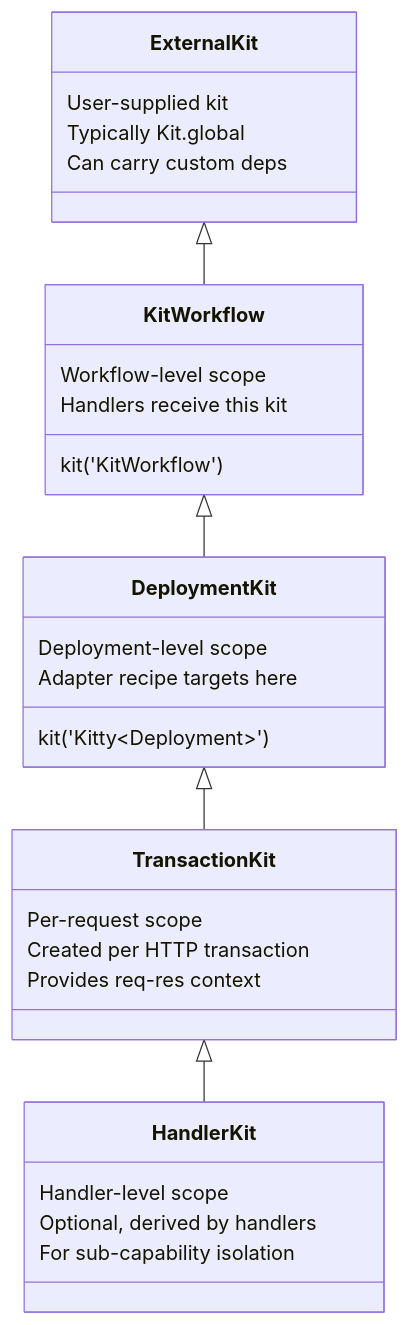
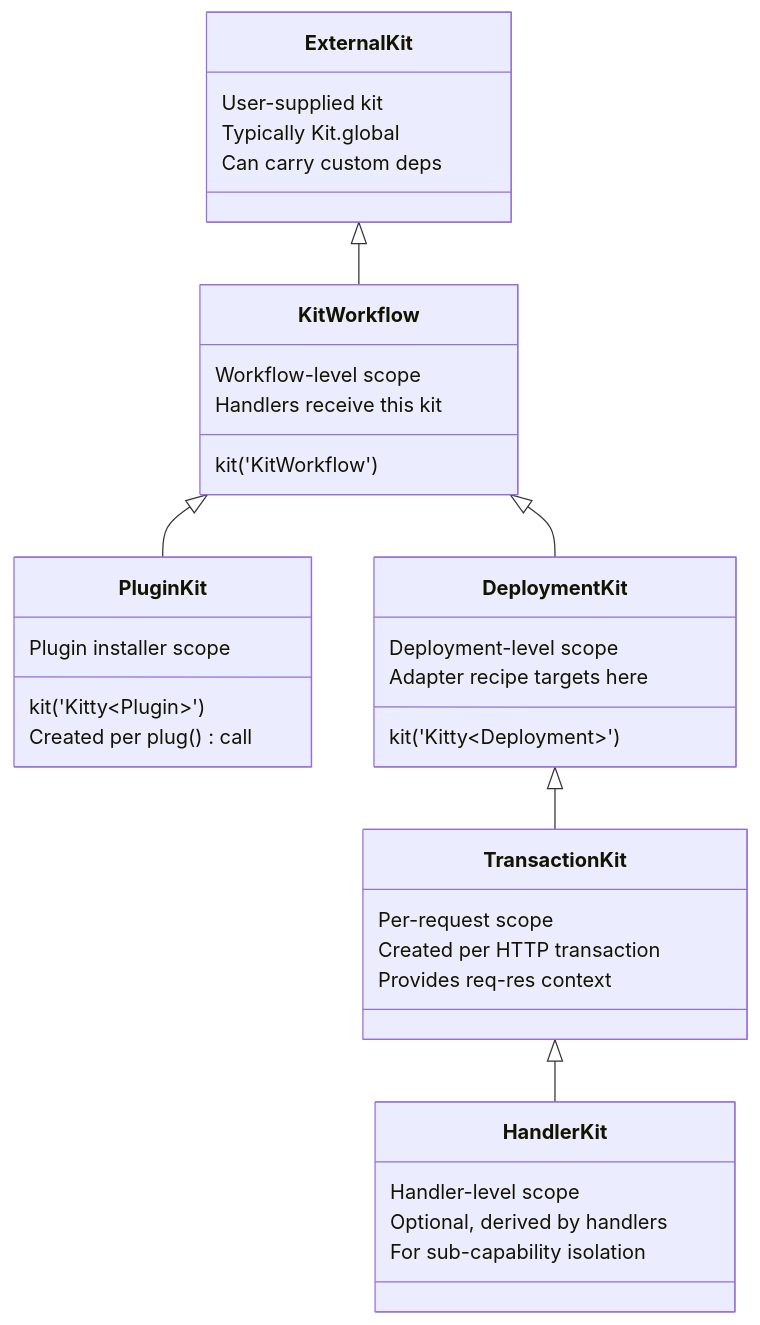
Before and after one commit to produck/kitty: the diagram in packages/workflow/DESIGN.md, drawn with Mermaid. The commit also changed other lines of this file and 3 other files, not shown here.

Commit message:
@produck/kitty-workflow: [REFACTOR] redesign plugin system with unique installer pattern [REMOVE] Plugin.mjs (logic inlined into Workflow.plug) [ADD] type guards for PluginKit API methods [FIX] isFinal initialization (null as sentinel)

````diff
--- a/packages/workflow/DESIGN.md
+++ b/packages/workflow/DESIGN.md
@@ -66,33 +66,39 @@
 ```mermaid
 classDiagram
   class ExternalKit {
     User-supplied kit
     Typically Kit.global
     Can carry custom deps
   }
   class KitWorkflow {
     Workflow-level scope
     kit('KitWorkflow')
     Handlers receive this kit
+  }
+  class PluginKit {
+    Plugin installer scope
+    kit('Kitty&lt;Plugin&gt;')
+    Created per plug() call
   }
   class DeploymentKit {
     Deployment-level scope
     kit('Kitty&lt;Deployment&gt;')
     Adapter recipe targets here
   }
   class TransactionKit {
     Per-request scope
     Created per HTTP transaction
     Provides req-res context
   }
   class HandlerKit {
     Handler-level scope
     Optional, derived by handlers
     For sub-capability isolation
   }
 
   ExternalKit <|-- KitWorkflow
+  KitWorkflow <|-- PluginKit
   KitWorkflow <|-- DeploymentKit
   DeploymentKit <|-- TransactionKit
   TransactionKit <|-- HandlerKit
 ```
````
